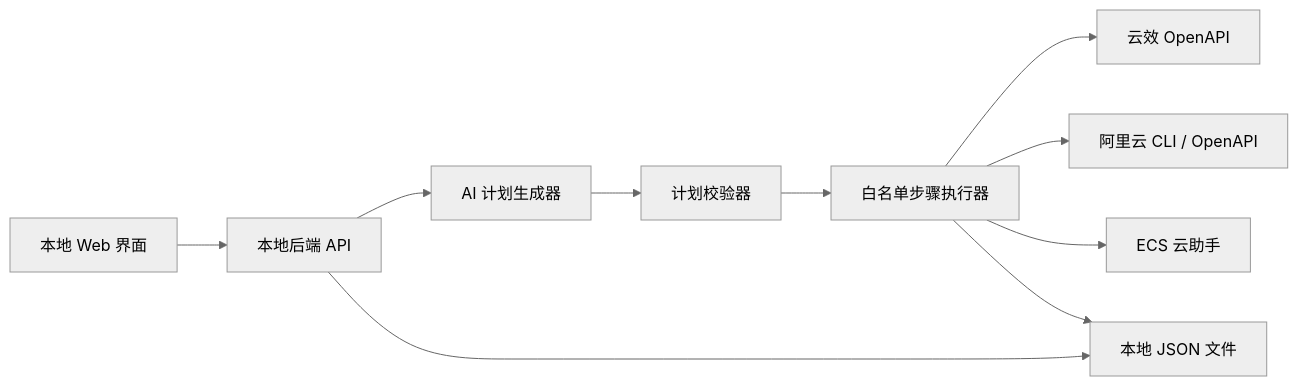
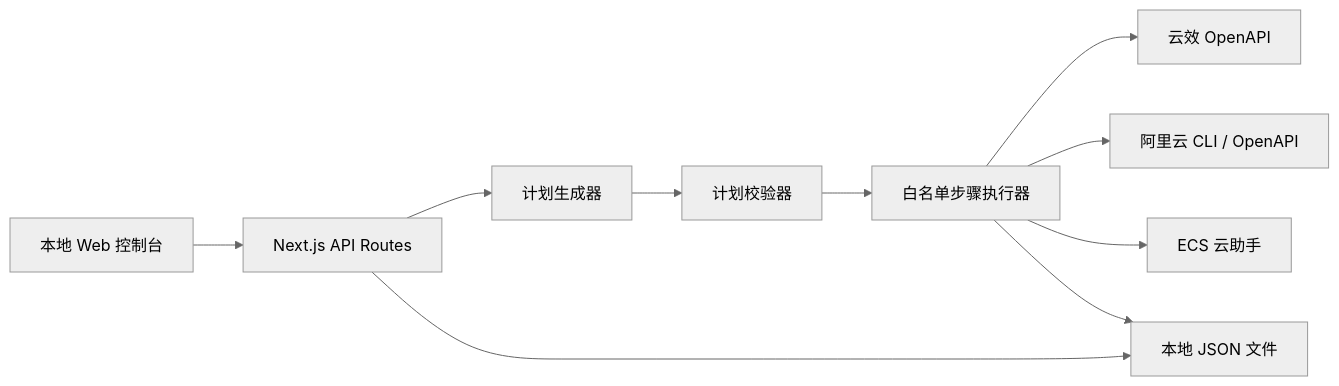
The diagram in docs/test-env-automation-plan.md (wangyuanfei-9527/aliyundevops), drawn with Mermaid (neutral theme) before and after one commit. The commit also changed other lines of this file and 81 other files, not shown here.

````diff
--- a/docs/test-env-automation-plan.md
+++ b/docs/test-env-automation-plan.md
@@ -36,12 +43,12 @@
 ```mermaid
 flowchart LR
-  UI["本地 Web 界面"] --> API["本地后端 API"]
-  API --> Planner["AI 计划生成器"]
+  UI["本地 Web 控制台"] --> API["Next.js API Routes"]
+  API --> Planner["计划生成器"]
   Planner --> Validator["计划校验器"]
   Validator --> Runner["白名单步骤执行器"]
   Runner --> Yunxiao["云效 OpenAPI"]
   Runner --> Aliyun["阿里云 CLI / OpenAPI"]
   Runner --> ECS["ECS 云助手"]
   API --> Storage["本地 JSON 文件"]
   Runner --> Storage
 ```
````
